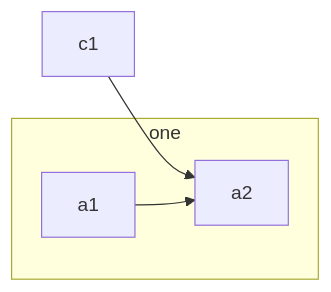
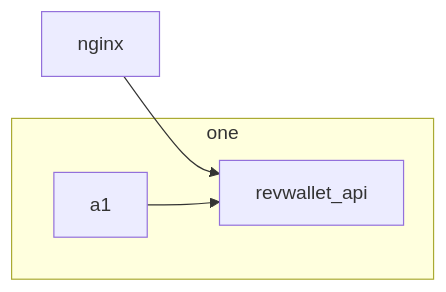
One commit to arthurjguerra/revwallet changed the first of 2 diagrams in README.md. Above: the diagram before and after it, drawn with Mermaid.

Commit message:
feat: add arch diagram

````diff
--- a/README.md
+++ b/README.md
@@ -6,7 +6,7 @@
 ```mermaid
 flowchart LR
-    c1-->a2
+    nginx --> revwallet_api
     subgraph ide1 [one]
-    a1-->a2
+    a1 --> revwallet_api
     end
 ```
````
